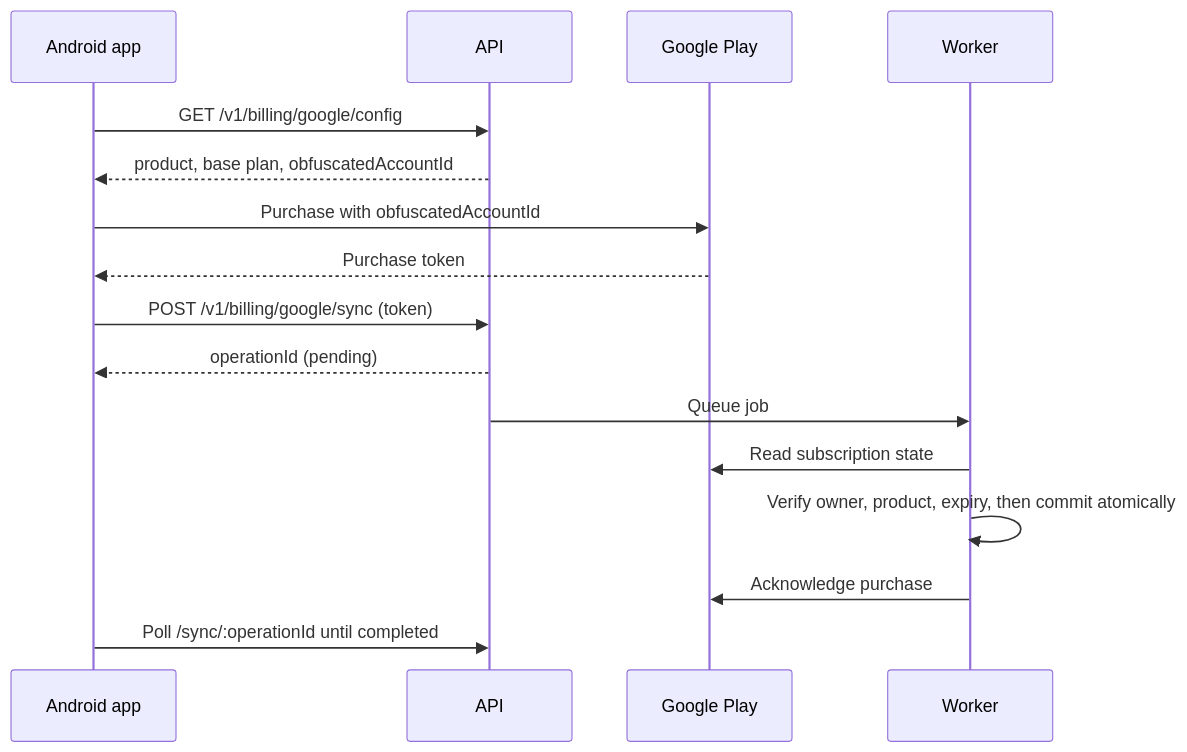
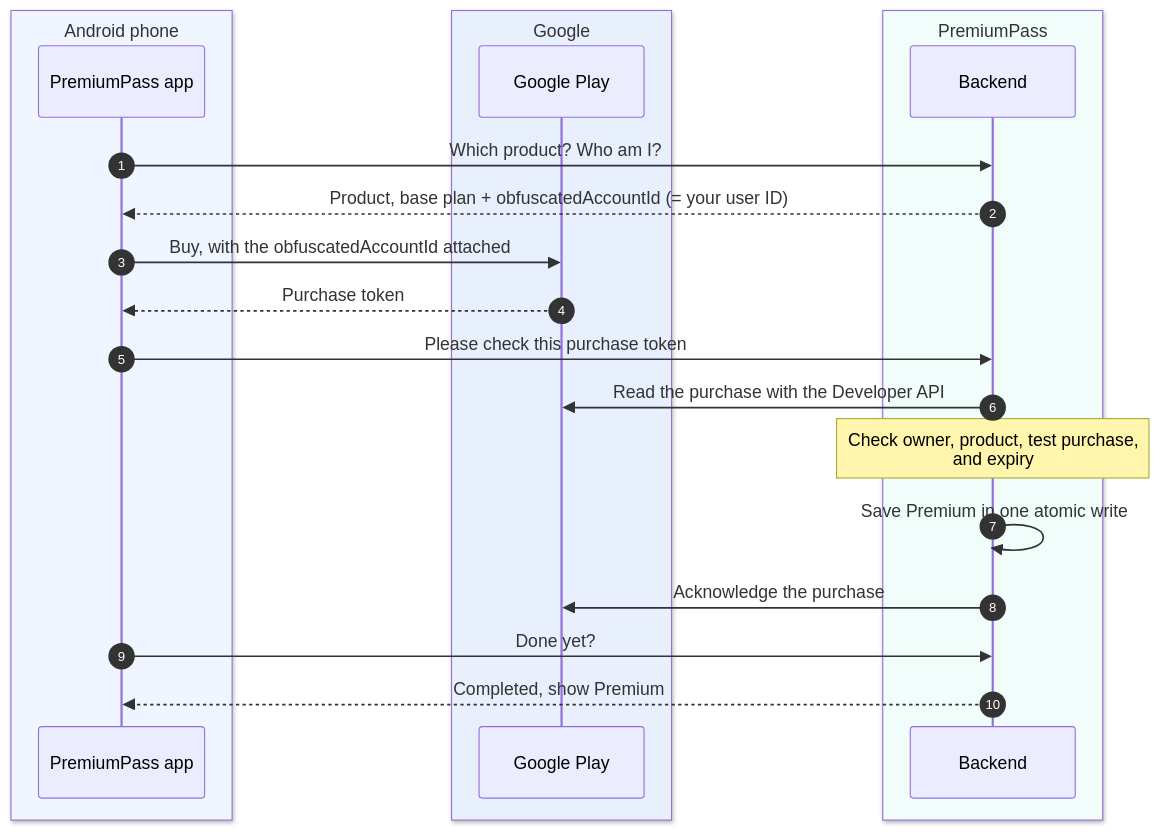
One commit to phillippbertram/subscription-consolidation-workshop changed the diagram in docs/GOOGLE_PLAY.md. Above: the diagram before and after it, drawn with Mermaid. The commit also changed other lines of this file and 11 other files, not shown here.

````diff
--- a/docs/GOOGLE_PLAY.md
+++ b/docs/GOOGLE_PLAY.md
@@ -220,18 +16,24 @@
 ```mermaid
 sequenceDiagram
-    participant App as Android app
-    participant API
-    participant Google as Google Play
-    participant Worker
-    App->>API: GET /v1/billing/google/config
-    API-->>App: product, base plan, obfuscatedAccountId
-    App->>Google: Purchase with obfuscatedAccountId
-    Google-->>App: Purchase token
-    App->>API: POST /v1/billing/google/sync (token)
-    API-->>App: operationId (pending)
-    API->>Worker: Queue job
-    Worker->>Google: Read subscription state
-    Worker->>Worker: Verify owner, product, expiry, then commit atomically
-    Worker->>Google: Acknowledge purchase
-    App->>API: Poll /sync/:operationId until completed
+    autonumber
+    box rgb(239, 246, 255) Android phone
+        participant App as PremiumPass app
+    end
+    box rgb(232, 240, 254) Google
+        participant Play as Google Play
+    end
+    box rgb(240, 253, 250) PremiumPass
+        participant Backend as Backend
+    end
+    App->>Backend: Which product? Who am I?
+    Backend-->>App: Product, base plan + obfuscatedAccountId (= your user ID)
+    App->>Play: Buy, with the obfuscatedAccountId attached
+    Play-->>App: Purchase token
+    App->>Backend: Please check this purchase token
+    Backend->>Play: Read the purchase with the Developer API
+    Note over Backend: Check owner, product, test purchase,<br/>and expiry
+    Backend->>Backend: Save Premium in one atomic write
+    Backend->>Play: Acknowledge the purchase
+    App->>Backend: Done yet?
+    Backend-->>App: Completed, show Premium
 ```
````
